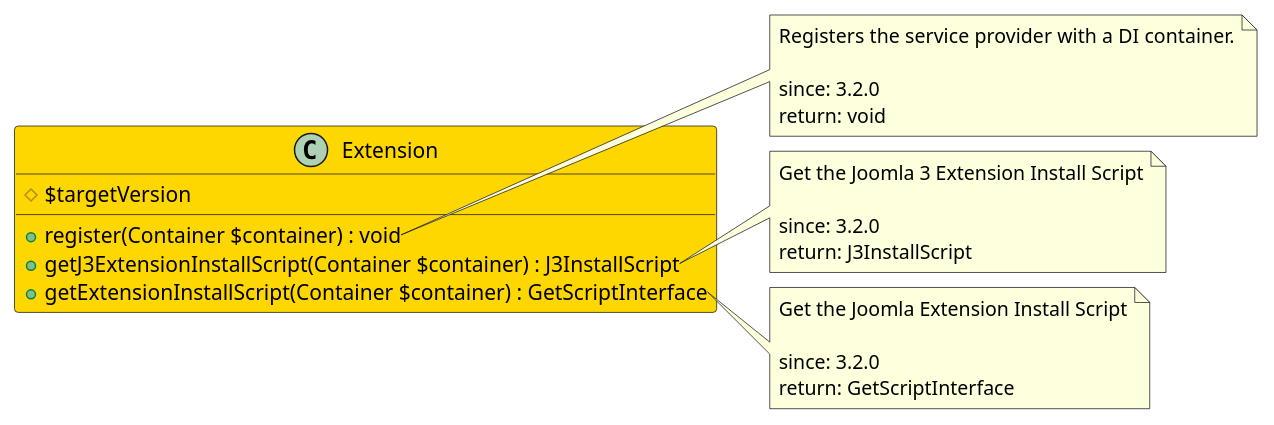
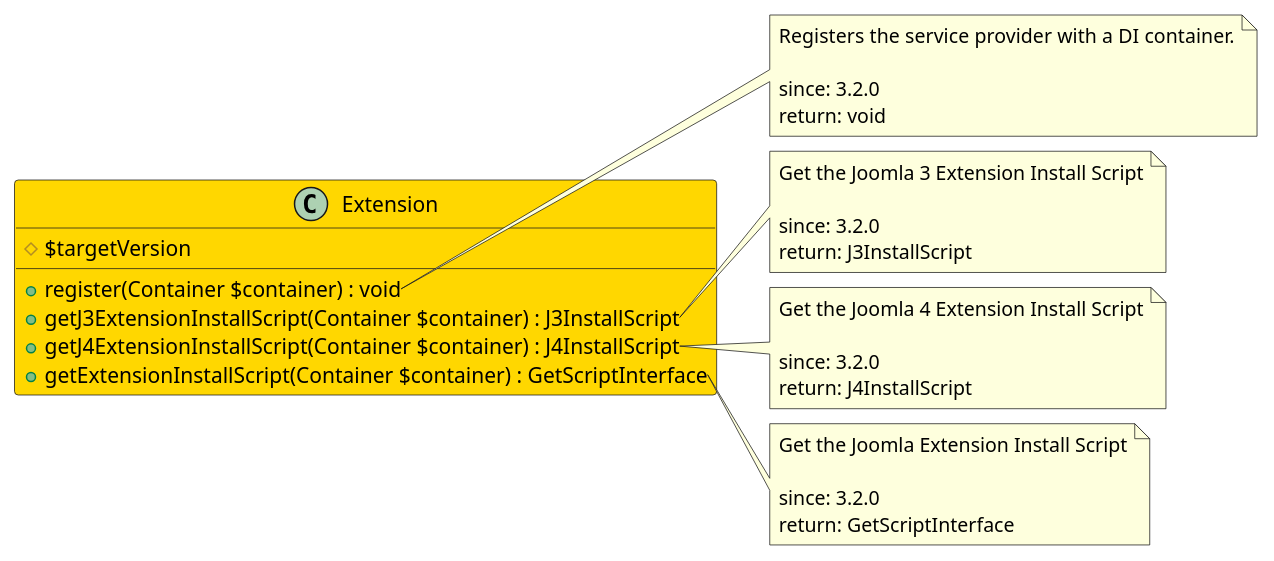
One commit to joomengine/jcb-compiler changed the diagram in src/ed9591cb-0a03-400a-bf47-eaf78ab19b9d/README.md. Above: the diagram before and after it, drawn with PlantUML. The commit also changed 399 other files, not shown here.

````diff
--- a/src/ed9591cb-0a03-400a-bf47-eaf78ab19b9d/README.md
+++ b/src/ed9591cb-0a03-400a-bf47-eaf78ab19b9d/README.md
@@ -11,32 +11,40 @@
 ```uml
 @startuml
 class Extension  #Gold {
   # $targetVersion
   + register(Container $container) : void
   + getJ3ExtensionInstallScript(Container $container) : J3InstallScript
+  + getJ4ExtensionInstallScript(Container $container) : J4InstallScript
   + getExtensionInstallScript(Container $container) : GetScriptInterface
 }
 
 note right of Extension::register
   Registers the service provider with a DI container.
 
   since: 3.2.0
   return: void
 end note
 
 note right of Extension::getJ3ExtensionInstallScript
   Get the Joomla 3 Extension Install Script
 
   since: 3.2.0
   return: J3InstallScript
 end note
 
+note right of Extension::getJ4ExtensionInstallScript
+  Get the Joomla 4 Extension Install Script
+
+  since: 3.2.0
+  return: J4InstallScript
+end note
+
 note right of Extension::getExtensionInstallScript
   Get the Joomla Extension Install Script
 
   since: 3.2.0
   return: GetScriptInterface
 end note
  
 @enduml
 ```
````
